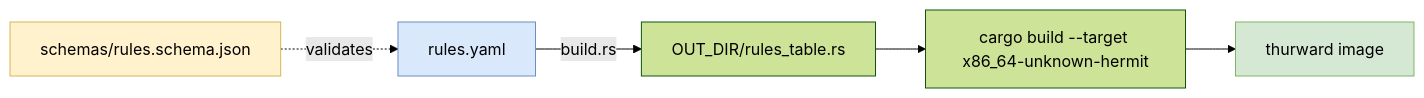
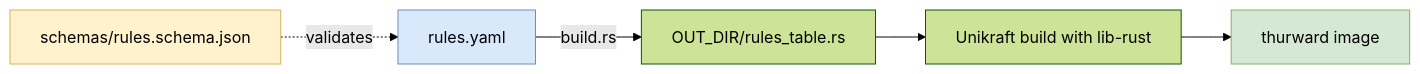
The diagram in docs/architecture/03-rule-model.md (LeTuR/thurward), drawn with Mermaid (forest theme) before and after one commit. The commit also changed 11 other files, not shown here.

````diff
--- a/docs/architecture/03-rule-model.md
+++ b/docs/architecture/03-rule-model.md
@@ -99,10 +99,10 @@
 ```mermaid
 flowchart LR
     A[rules.yaml] -->|build.rs| B[OUT_DIR/rules_table.rs]
-    B --> C[cargo build --target x86_64-unknown-hermit]
+    B --> C[Unikraft build with lib-rust]
     C --> F[thurward image]
     G[schemas/rules.schema.json] -.validates.-> A
     style A fill:#dae8fc,stroke:#6c8ebf
     style F fill:#d5e8d4,stroke:#82b366
     style G fill:#fff2cc,stroke:#d6b656
 ```
````
